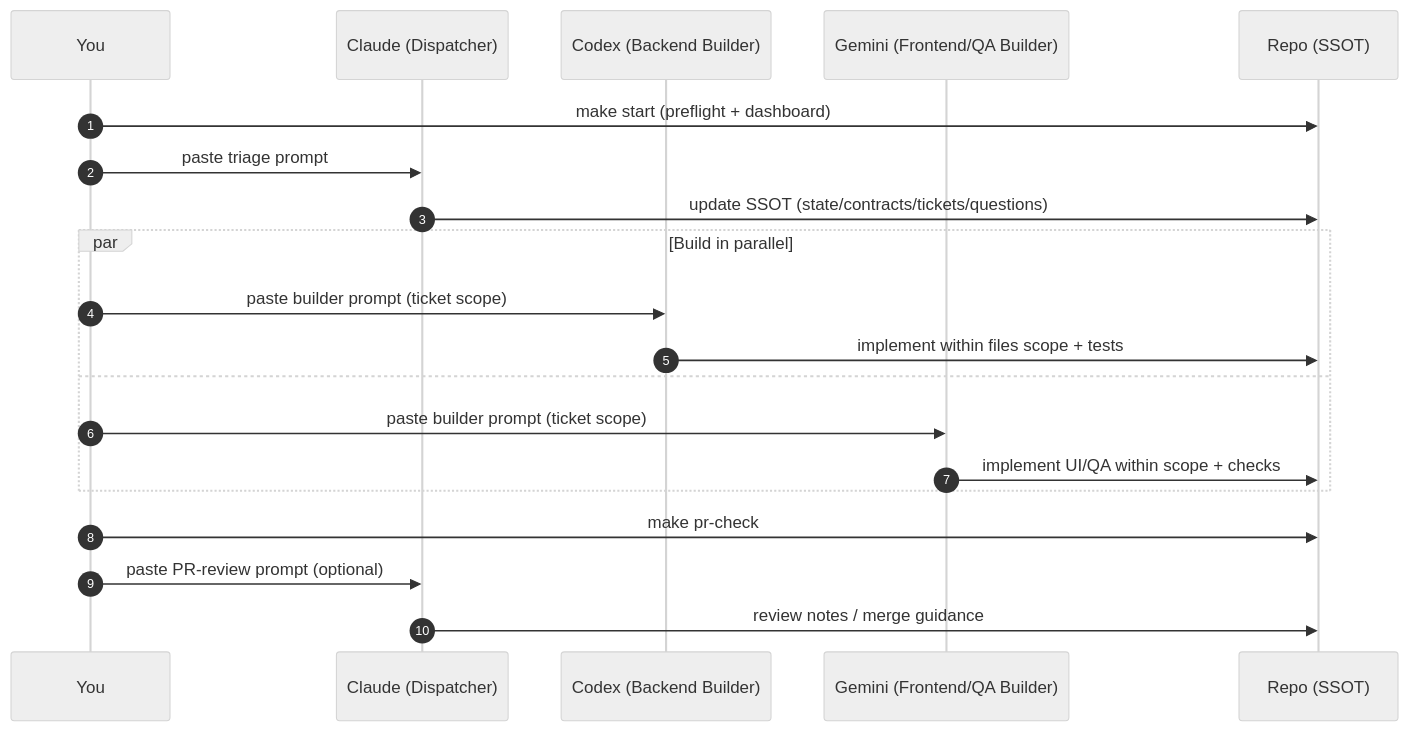
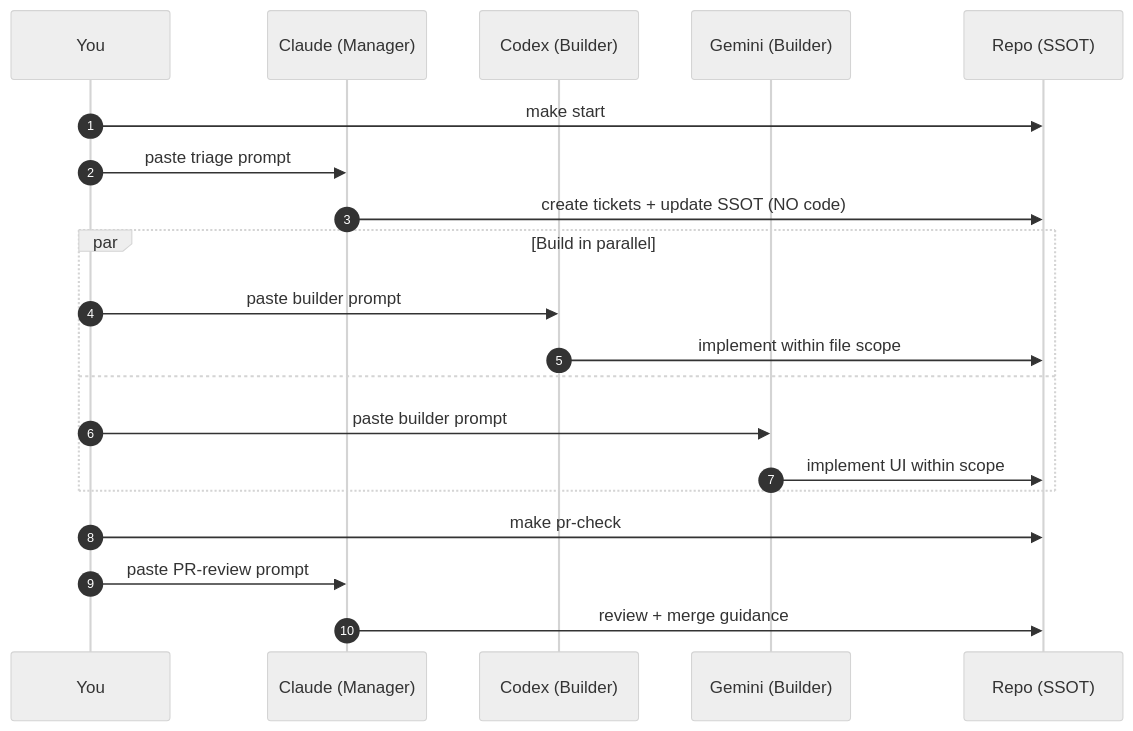
Before and after one commit to theprdguy/Vibe-Coding-OS: the first of 2 diagrams in README.md, drawn with Mermaid (neutral theme). The commit also changed other lines of this file and 15 other files, not shown here.

````diff
--- a/README.md
+++ b/README.md
@@ -142,25 +123,25 @@
 ```mermaid
 sequenceDiagram
   autonumber
   participant U as You
-  participant C as Claude (Dispatcher)
-  participant X as Codex (Backend Builder)
-  participant G as Gemini (Frontend/QA Builder)
+  participant C as Claude (Manager)
+  participant X as Codex (Builder)
+  participant G as Gemini (Builder)
   participant R as Repo (SSOT)
 
-  U->>R: make start (preflight + dashboard)
+  U->>R: make start
   U->>C: paste triage prompt
-  C->>R: update SSOT (state/contracts/tickets/questions)
+  C->>R: create tickets + update SSOT (NO code)
 
   par Build in parallel
-    U->>X: paste builder prompt (ticket scope)
-    X->>R: implement within files scope + tests
+    U->>X: paste builder prompt
+    X->>R: implement within file scope
   and
-    U->>G: paste builder prompt (ticket scope)
-    G->>R: implement UI/QA within scope + checks
+    U->>G: paste builder prompt
+    G->>R: implement UI within scope
   end
 
   U->>R: make pr-check
-  U->>C: paste PR-review prompt (optional)
-  C->>R: review notes / merge guidance
+  U->>C: paste PR-review prompt
+  C->>R: review + merge guidance
 ```
````
